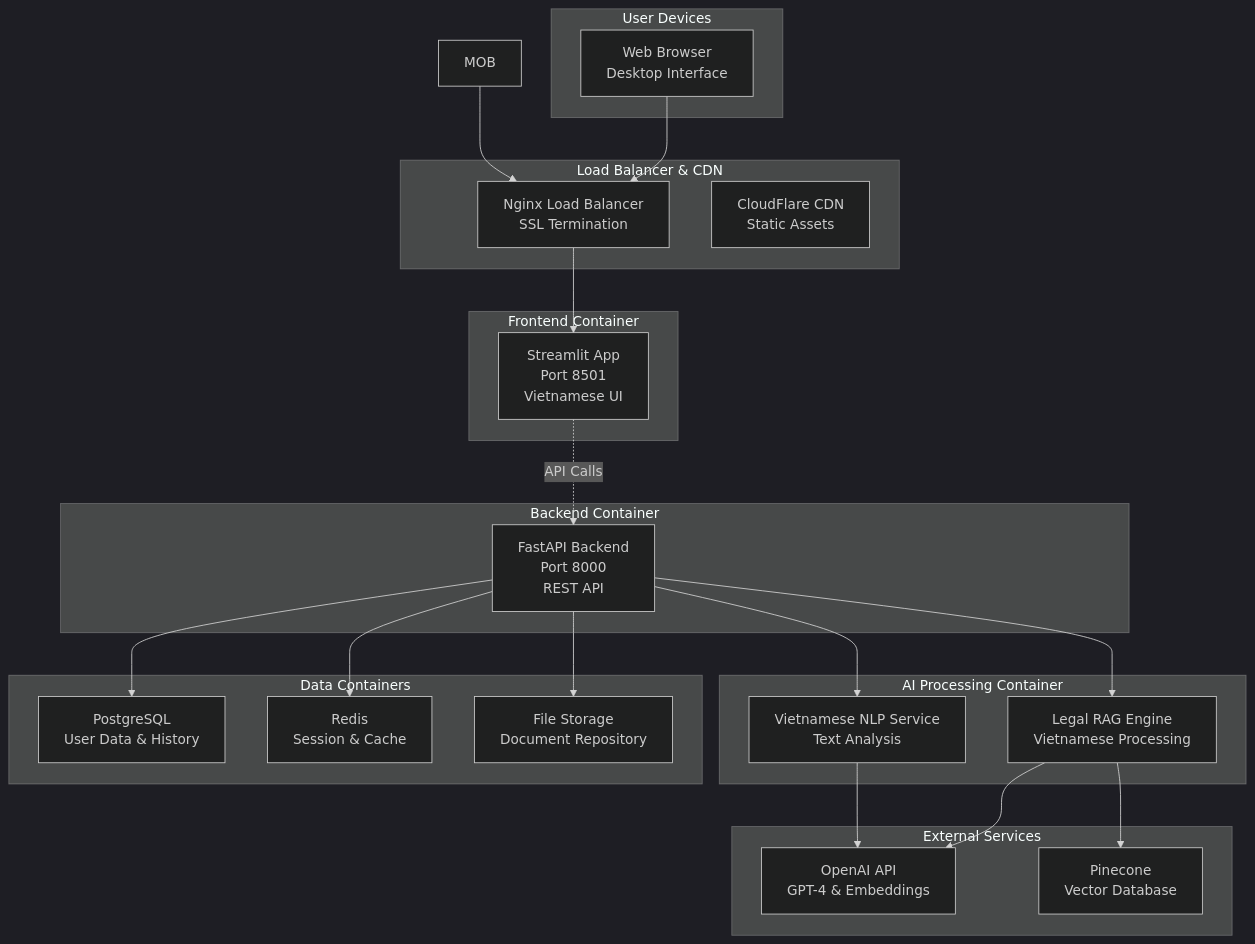
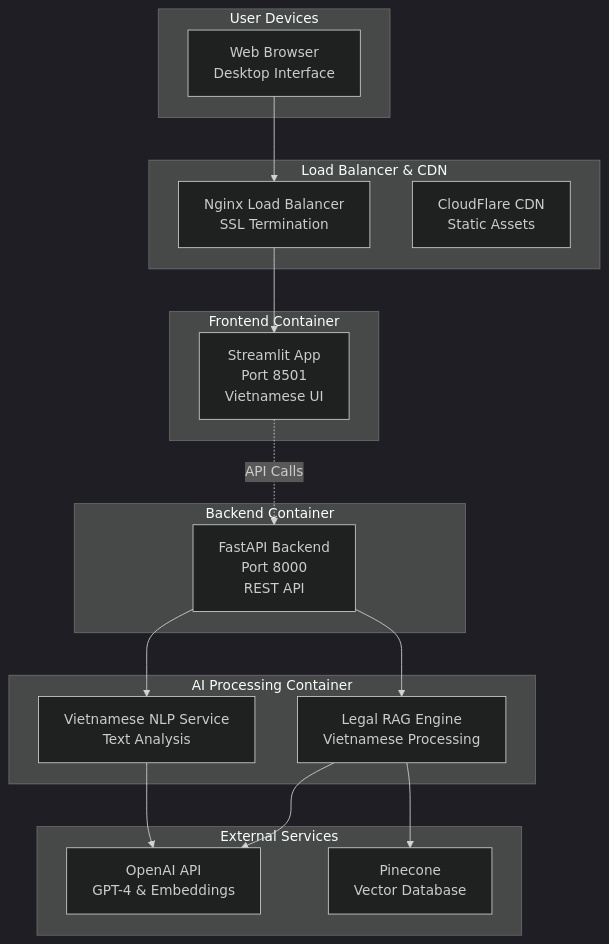
The third of 15 diagrams in vietnamese_legal_chatbot/docs/system-architecture.md (LePhuongPhuong/F1-Hackathon-CopilotTeam), drawn with Mermaid (dark theme) before and after one commit. The commit also changed other lines of this file and 15 other files, not shown here.

````diff
--- a/vietnamese_legal_chatbot/docs/system-architecture.md
+++ b/vietnamese_legal_chatbot/docs/system-architecture.md
@@ -127,48 +115,38 @@
 ```mermaid
 graph TB
     subgraph "User Devices"
         WEB[Web Browser<br/>Desktop Interface]
     end
     
     subgraph "Load Balancer & CDN"
         LB[Nginx Load Balancer<br/>SSL Termination]
         CDN[CloudFlare CDN<br/>Static Assets]
     end
     
     subgraph "Frontend Container"
         ST[Streamlit App<br/>Port 8501<br/>Vietnamese UI]
     end
     
     subgraph "Backend Container"
         API[FastAPI Backend<br/>Port 8000<br/>REST API]
     end
     
     subgraph "AI Processing Container"
         RAG[Legal RAG Engine<br/>Vietnamese Processing]
         NLP[Vietnamese NLP Service<br/>Text Analysis]
     end
     
-    subgraph "Data Containers"
-        POSTGRES[PostgreSQL<br/>User Data & History]
-        REDIS[Redis<br/>Session & Cache]
-        STORAGE[File Storage<br/>Document Repository]
-    end
-    
     subgraph "External Services"
         OPENAI[OpenAI API<br/>GPT-4 & Embeddings]
         PINECONE[Pinecone<br/>Vector Database]
     end
     
     WEB --> LB
-    MOB --> LB
     LB --> ST
     ST -.->|API Calls| API
     API --> RAG
     API --> NLP
-    API --> POSTGRES
-    API --> REDIS
-    API --> STORAGE
     RAG --> OPENAI
     RAG --> PINECONE
     NLP --> OPENAI
 ```
````
